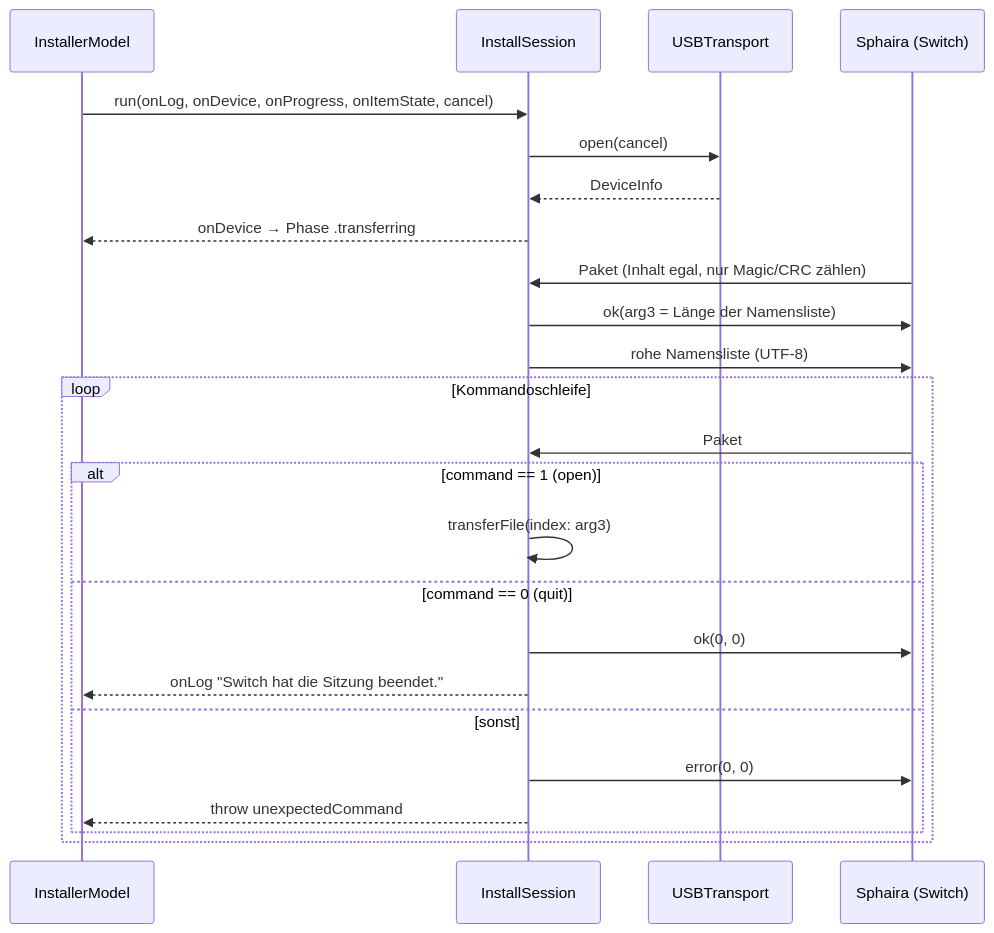
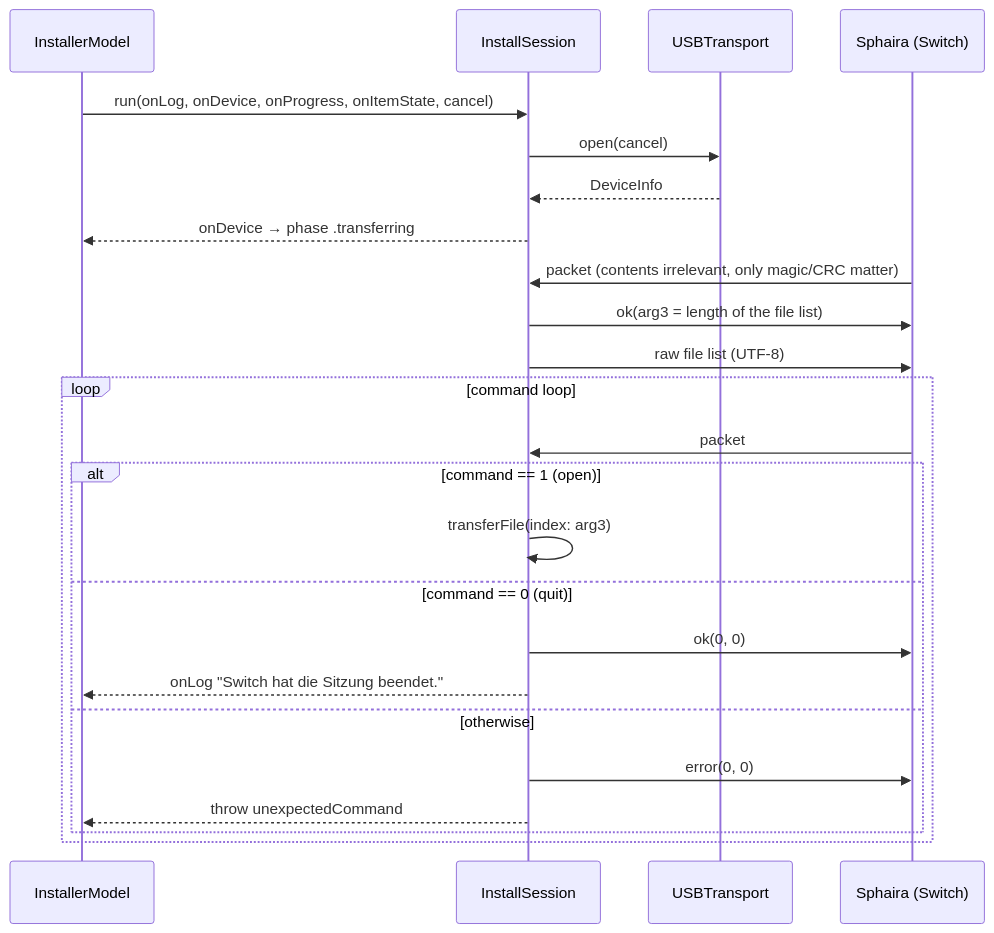
One commit to Marvbuster/sphaira-connect changed the diagram in .wiki/articles/protocol/install-session-flow.md. Above: the diagram before and after it, drawn with Mermaid. The commit also changed other lines of this file and 54 other files, not shown here.

````diff
--- a/.wiki/articles/protocol/install-session-flow.md
+++ b/.wiki/articles/protocol/install-session-flow.md
@@ -35,27 +33,27 @@
 ```mermaid
 sequenceDiagram
     participant M as InstallerModel
     participant S as InstallSession
     participant T as USBTransport
     participant N as Sphaira (Switch)
 
     M->>S: run(onLog, onDevice, onProgress, onItemState, cancel)
     S->>T: open(cancel)
     T-->>S: DeviceInfo
-    S-->>M: onDevice → Phase .transferring
-    N->>S: Paket (Inhalt egal, nur Magic/CRC zählen)
-    S->>N: ok(arg3 = Länge der Namensliste)
-    S->>N: rohe Namensliste (UTF-8)
-    loop Kommandoschleife
-        N->>S: Paket
+    S-->>M: onDevice → phase .transferring
+    N->>S: packet (contents irrelevant, only magic/CRC matter)
+    S->>N: ok(arg3 = length of the file list)
+    S->>N: raw file list (UTF-8)
+    loop command loop
+        N->>S: packet
         alt command == 1 (open)
             S->>S: transferFile(index: arg3)
         else command == 0 (quit)
             S->>N: ok(0, 0)
             S-->>M: onLog "Switch hat die Sitzung beendet."
-        else sonst
+        else otherwise
             S->>N: error(0, 0)
             S-->>M: throw unexpectedCommand
         end
     end
 ```
````
